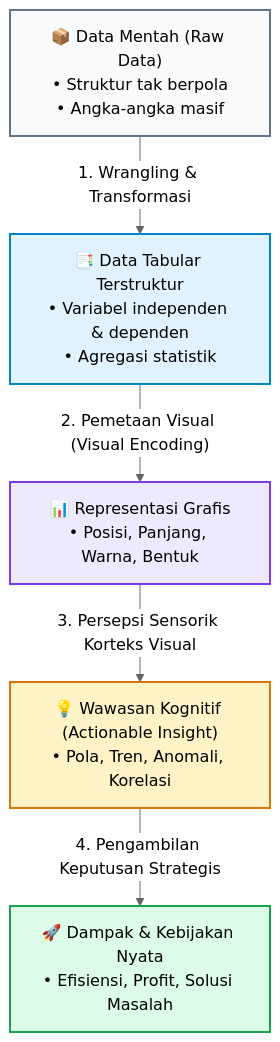
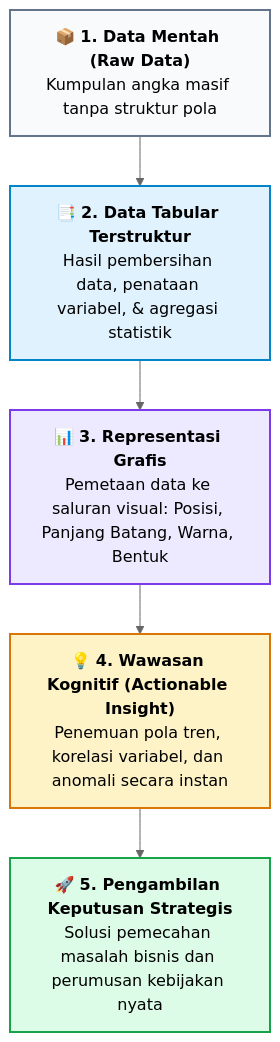
One commit to mahendaruui/Perkuliahan changed the first of 3 diagrams in docs/visualisasi-data/01-pengantar-visualisasi-data.md. Above: the diagram before and after it, drawn with Mermaid (neutral theme). The commit also changed other lines of this file and 15 other files, not shown here.

Commit message:
refactor: update and standardize mermaid diagrams across all documentation modules

````diff
--- a/docs/visualisasi-data/01-pengantar-visualisasi-data.md
+++ b/docs/visualisasi-data/01-pengantar-visualisasi-data.md
@@ -22,13 +22,14 @@
 ```mermaid
 flowchart TD
-    A["📦 Data Mentah (Raw Data)<br>• Struktur tak berpola<br>• Angka-angka masif"] -->|"1. Wrangling & Transformasi"| B["📑 Data Tabular Terstruktur<br>• Variabel independen & dependen<br>• Agregasi statistik"]
-    B -->|"2. Pemetaan Visual (Visual Encoding)"| C["📊 Representasi Grafis<br>• Posisi, Panjang, Warna, Bentuk"]
-    C -->|"3. Persepsi Sensorik Korteks Visual"| D["💡 Wawasan Kognitif (Actionable Insight)<br>• Pola, Tren, Anomali, Korelasi"]
-    D -->|"4. Pengambilan Keputusan Strategis"| E["🚀 Dampak & Kebijakan Nyata<br>• Efisiensi, Profit, Solusi Masalah"]
+    A["📦 <b>1. Data Mentah (Raw Data)</b><br>Kumpulan angka masif tanpa struktur pola"]
+    --> B["📑 <b>2. Data Tabular Terstruktur</b><br>Hasil pembersihan data, penataan variabel, & agregasi statistik"]
+    --> C["📊 <b>3. Representasi Grafis</b><br>Pemetaan data ke saluran visual: Posisi, Panjang Batang, Warna, Bentuk"]
+    --> D["💡 <b>4. Wawasan Kognitif (Actionable Insight)</b><br>Penemuan pola tren, korelasi variabel, dan anomali secara instan"]
+    --> E["🚀 <b>5. Pengambilan Keputusan Strategis</b><br>Solusi pemecahan masalah bisnis dan perumusan kebijakan nyata"]
 
     style A fill:#f8fafc,stroke:#64748b,stroke-width:2px
     style B fill:#e0f2fe,stroke:#0284c7,stroke-width:2px
     style C fill:#ede9fe,stroke:#7c3aed,stroke-width:2px
     style D fill:#fef3c7,stroke:#d97706,stroke-width:2px
     style E fill:#dcfce7,stroke:#16a34a,stroke-width:2px
 ```
````
